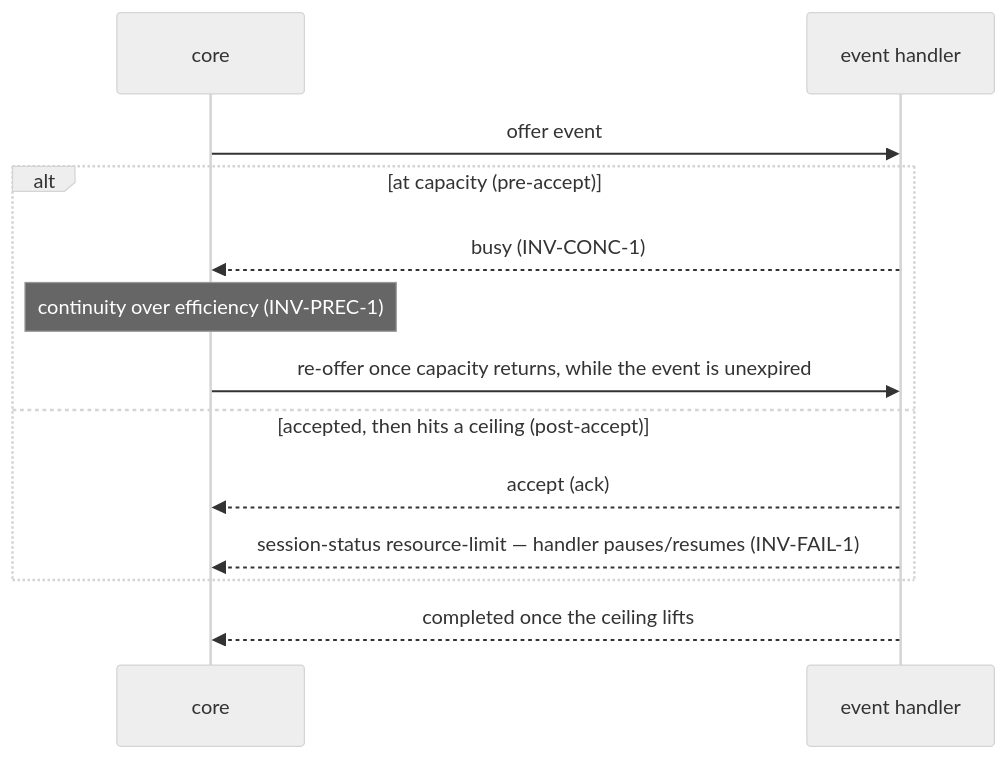
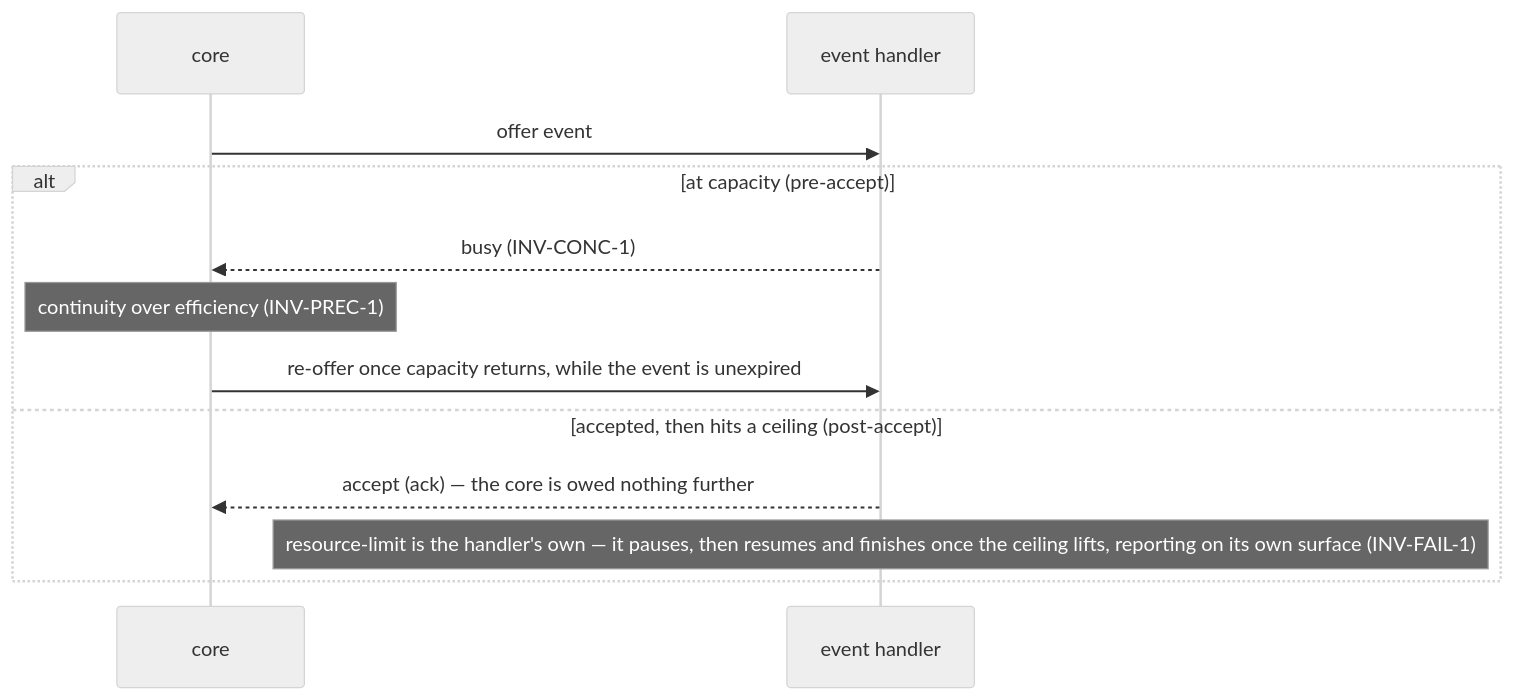
One commit to phillipgreenii/nix-agent-support changed the ninth of 13 diagrams in packages/pr-pool/docs/behavior/journeys.md. Above: the diagram before and after it, drawn with Mermaid (neutral theme). The commit also changed other lines of this file and 5 other files, not shown here.

````diff
--- a/packages/pr-pool/docs/behavior/journeys.md
+++ b/packages/pr-pool/docs/behavior/journeys.md
@@ -377,15 +381,14 @@
 ```mermaid
 sequenceDiagram
     participant CORE as core
     participant HDL as event handler
     CORE->>HDL: offer event
     alt at capacity (pre-accept)
         HDL-->>CORE: busy (INV-CONC-1)
         Note over CORE: continuity over efficiency (INV-PREC-1)
         CORE->>HDL: re-offer once capacity returns, while the event is unexpired
     else accepted, then hits a ceiling (post-accept)
-        HDL-->>CORE: accept (ack)
-        HDL-->>CORE: session-status resource-limit — handler pauses/resumes (INV-FAIL-1)
+        HDL-->>CORE: accept (ack) — the core is owed nothing further
+        Note over HDL: resource-limit is the handler's own — it pauses, then resumes and finishes once the ceiling lifts, reporting on its own surface (INV-FAIL-1)
     end
-    HDL-->>CORE: completed once the ceiling lifts
 ```
````
